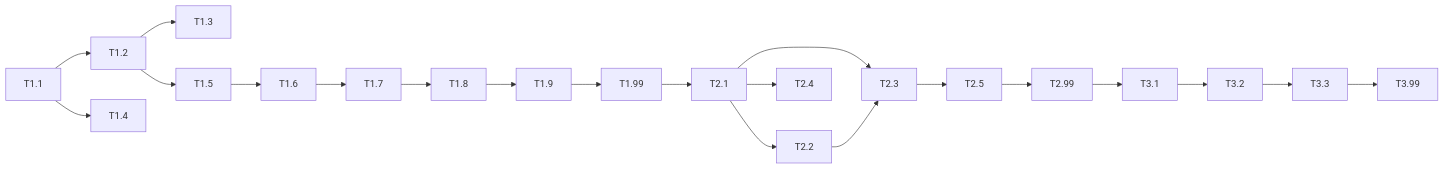
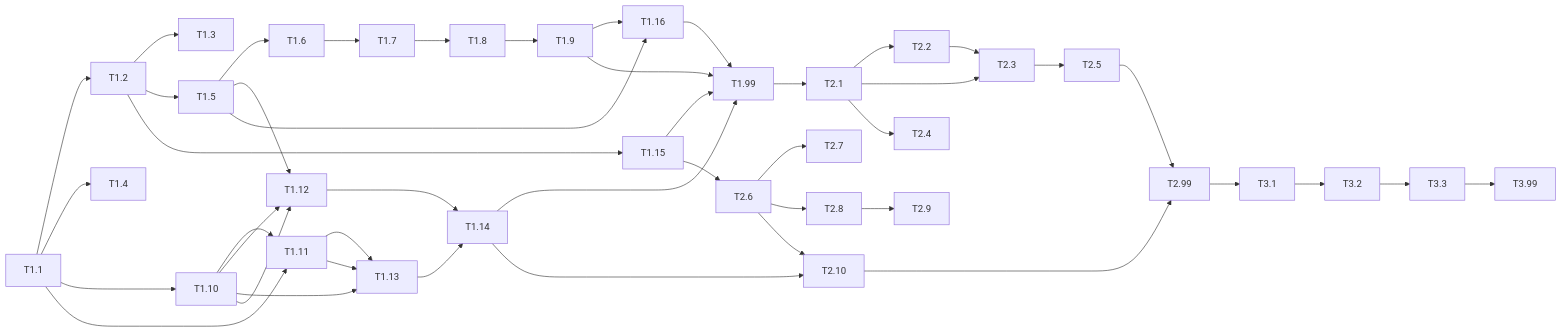
The diagram in task.md (reoanrudo/air_guitar_02), drawn with Mermaid before and after one commit. The commit also changed other lines of this file and 2 other files, not shown here.

````diff
--- a/task.md
+++ b/task.md
@@ -627,25 +974,47 @@
 ```mermaid
 graph LR
     T1.1 --> T1.2
     T1.2 --> T1.3
     T1.2 --> T1.5
+    T1.2 --> T1.15
     T1.1 --> T1.4
+    T1.1 --> T1.10
+    T1.1 --> T1.11
     T1.5 --> T1.6
+    T1.5 --> T1.12
+    T1.5 --> T1.16
     T1.6 --> T1.7
     T1.7 --> T1.8
     T1.8 --> T1.9
+    T1.9 --> T1.16
+    T1.10 --> T1.11
+    T1.11 --> T1.13
+    T1.10 --> T1.12
+    T1.10 --> T1.13
+    T1.10 --> T1.12 --> T1.14
+    T1.11 --> T1.13 --> T1.14
     T1.9 --> T1.99
+    T1.14 --> T1.99
+    T1.15 --> T1.99
+    T1.16 --> T1.99
 
     T1.99 --> T2.1
     T2.1 --> T2.2
     T2.1 --> T2.3
     T2.1 --> T2.4
     T2.2 --> T2.3
     T2.3 --> T2.5
+    T1.15 --> T2.6
+    T2.6 --> T2.7
+    T2.6 --> T2.8
+    T2.8 --> T2.9
+    T1.14 --> T2.10
+    T2.6 --> T2.10
+    T2.10 --> T2.99
     T2.5 --> T2.99
 
     T2.99 --> T3.1
     T3.1 --> T3.2
     T3.2 --> T3.3
     T3.3 --> T3.99
 ```
````
